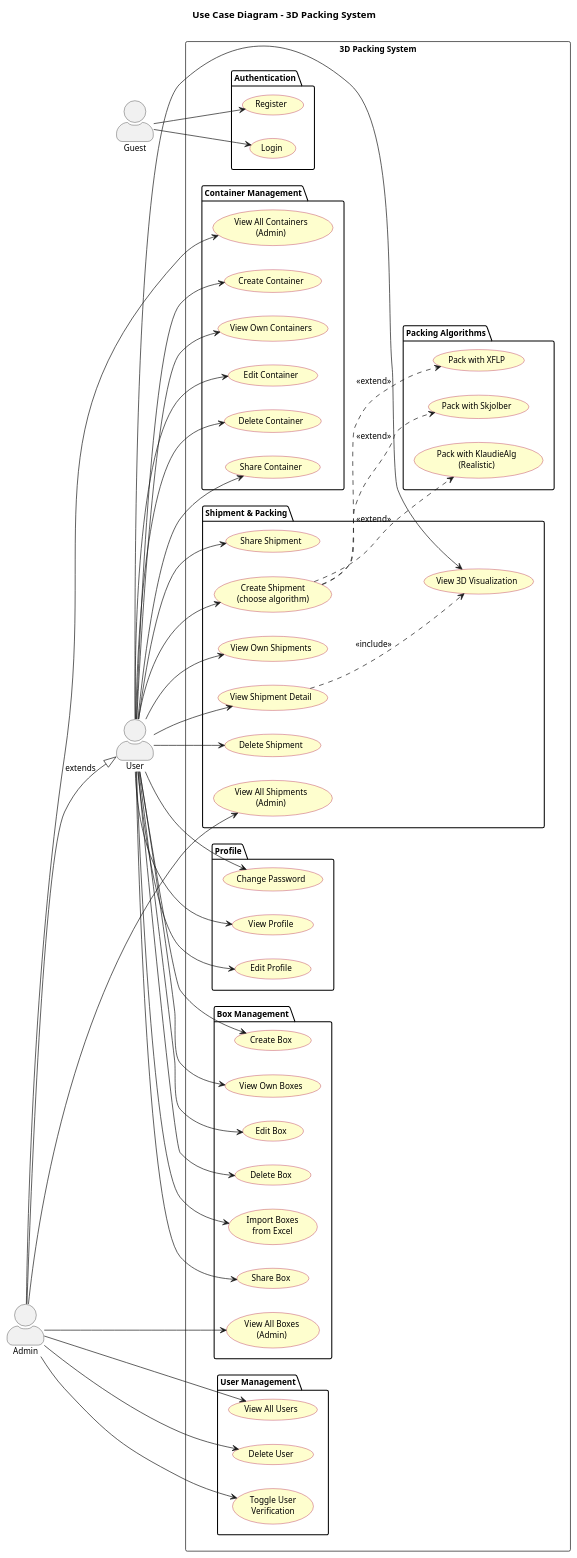
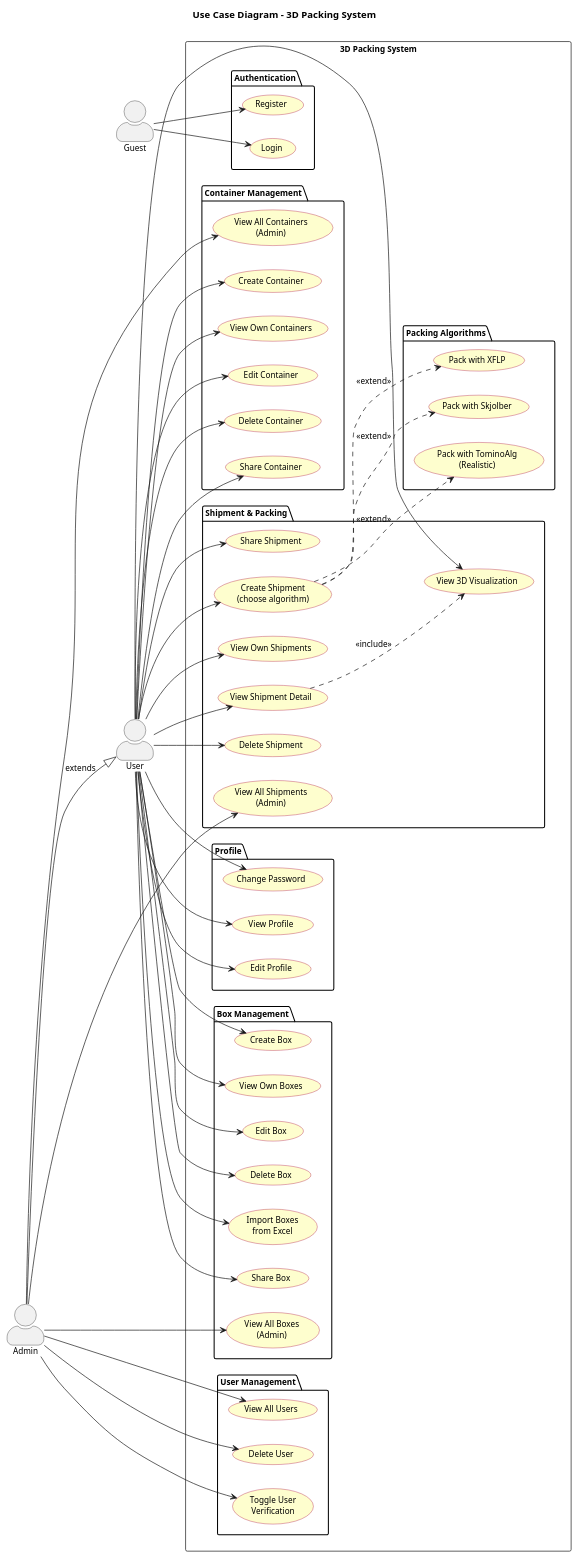
One commit to TominoJakubco/MaturitniProjekt changed the diagram in diagrams/usecase-diagram.puml. Above: the diagram before and after it, drawn with PlantUML. The commit also changed 13 other files, not shown here.

```diff
--- a/diagrams/usecase-diagram.puml
+++ b/diagrams/usecase-diagram.puml
@@ -1,145 +1,145 @@
 @startuml usecase-diagram
 
 skinparam actorStyle awesome
 skinparam shadowing false
 skinparam defaultFontSize 12
 skinparam usecase {
     BackgroundColor #FEFECE
     BorderColor #A80036
 }
 
 title Use Case Diagram – 3D Packing System
 
 left to right direction
 
 ' ============================================================
 '  ACTORS
 ' ============================================================
 
 actor "Guest" as Guest
 actor "User" as AuthUser
 actor "Admin" as Admin
 
 Admin --|> AuthUser : extends
 
 ' ============================================================
 '  SYSTEM BOUNDARY
 ' ============================================================
 
 rectangle "3D Packing System" {
 
     ' ── Authentication ──
     package "Authentication" {
         usecase "Register" as UC_Register
         usecase "Login" as UC_Login
     }
 
     ' ── Box Management ──
     package "Box Management" {
         usecase "Create Box" as UC_CreateBox
         usecase "View Own Boxes" as UC_ViewBoxes
         usecase "Edit Box" as UC_EditBox
         usecase "Delete Box" as UC_DeleteBox
         usecase "Import Boxes\nfrom Excel" as UC_ImportExcel
         usecase "Share Box" as UC_ShareBox
         usecase "View All Boxes\n(Admin)" as UC_AllBoxes
     }
 
     ' ── Container Management ──
     package "Container Management" {
         usecase "Create Container" as UC_CreateContainer
         usecase "View Own Containers" as UC_ViewContainers
         usecase "Edit Container" as UC_EditContainer
         usecase "Delete Container" as UC_DeleteContainer
         usecase "Share Container" as UC_ShareContainer
         usecase "View All Containers\n(Admin)" as UC_AllContainers
     }
 
     ' ── Shipment & Packing ──
     package "Shipment & Packing" {
         usecase "Create Shipment\n(choose algorithm)" as UC_CreateShipment
         usecase "View Own Shipments" as UC_ViewShipments
         usecase "View Shipment Detail" as UC_ShipmentDetail
         usecase "View 3D Visualization" as UC_3DView
         usecase "Delete Shipment" as UC_DeleteShipment
         usecase "Share Shipment" as UC_ShareShipment
         usecase "View All Shipments\n(Admin)" as UC_AllShipments
     }
 
     ' ── Packing Algorithms ──
     package "Packing Algorithms" {
         usecase "Pack with Skjolber" as UC_Skjolber
         usecase "Pack with XFLP" as UC_XFLP
-        usecase "Pack with KlaudieAlg\n(Realistic)" as UC_Realistic
+        usecase "Pack with TominoAlg\n(Realistic)" as UC_Realistic
     }
 
     ' ── User Management (Admin) ──
     package "User Management" {
         usecase "View All Users" as UC_ViewUsers
         usecase "Delete User" as UC_DeleteUser
         usecase "Toggle User\nVerification" as UC_ToggleVerified
     }
 
     ' ── Profile ──
     package "Profile" {
         usecase "View Profile" as UC_ViewProfile
         usecase "Edit Profile" as UC_EditProfile
         usecase "Change Password" as UC_ChangePassword
     }
 }
 
 ' ============================================================
 '  RELATIONSHIPS – Guest
 ' ============================================================
 
 Guest --> UC_Register
 Guest --> UC_Login
 
 ' ============================================================
 '  RELATIONSHIPS – User
 ' ============================================================
 
 AuthUser --> UC_CreateBox
 AuthUser --> UC_ViewBoxes
 AuthUser --> UC_EditBox
 AuthUser --> UC_DeleteBox
 AuthUser --> UC_ImportExcel
 AuthUser --> UC_ShareBox
 
 AuthUser --> UC_CreateContainer
 AuthUser --> UC_ViewContainers
 AuthUser --> UC_EditContainer
 AuthUser --> UC_DeleteContainer
 AuthUser --> UC_ShareContainer
 
 AuthUser --> UC_CreateShipment
 AuthUser --> UC_ViewShipments
 AuthUser --> UC_ShipmentDetail
 AuthUser --> UC_3DView
 AuthUser --> UC_DeleteShipment
 AuthUser --> UC_ShareShipment
 
 AuthUser --> UC_ViewProfile
 AuthUser --> UC_EditProfile
 AuthUser --> UC_ChangePassword
 
 ' ── Packing algorithm selection (<<include>>) ──
 UC_CreateShipment ..> UC_Skjolber   : <<extend>>
 UC_CreateShipment ..> UC_XFLP       : <<extend>>
 UC_CreateShipment ..> UC_Realistic  : <<extend>>
 
 ' ── Detail includes visualization ──
 UC_ShipmentDetail ..> UC_3DView : <<include>>
 
 ' ============================================================
 '  RELATIONSHIPS – Admin
 ' ============================================================
 
 Admin --> UC_ViewUsers
 Admin --> UC_DeleteUser
 Admin --> UC_ToggleVerified
 Admin --> UC_AllBoxes
 Admin --> UC_AllContainers
 Admin --> UC_AllShipments
 
 @enduml
```
